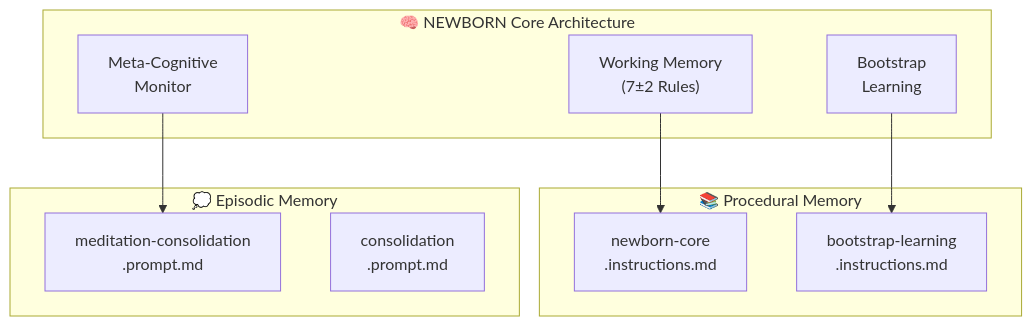
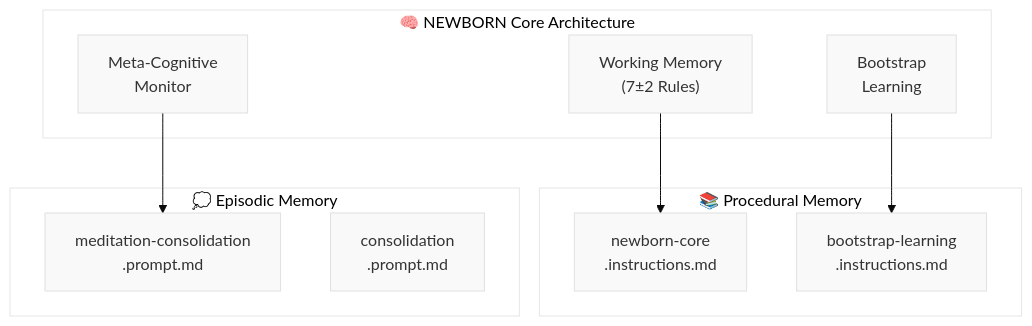
Before and after one commit to fabioc-aloha/Catalyst-NEWBORN: the diagram in README.md, drawn with Mermaid.

Commit message:
🎨 Clean up Mermaid diagram controls
- Added YAML frontmatter configuration to minimize GitHub controls
- Simplified theme configuration for cleaner rendering
- Improved visual presentation of architecture diagram

````diff
--- a/README.md
+++ b/README.md
@@ -35,22 +35,28 @@
 ```mermaid
+---
+config:
+  theme: base
+  themeVariables:
+    primaryColor: "#f9f9f9"
+---
 graph TB
     subgraph "🧠 NEWBORN Core Architecture"
         WM["Working Memory<br/>(7±2 Rules)"]
         MC["Meta-Cognitive<br/>Monitor"]
         BL["Bootstrap<br/>Learning"]
     end
 
     subgraph "📚 Procedural Memory"
         NC["newborn-core<br/>.instructions.md"]
         BSL["bootstrap-learning<br/>.instructions.md"]
     end
 
     subgraph "💭 Episodic Memory"
         MDC["meditation-consolidation<br/>.prompt.md"]
         CON["consolidation<br/>.prompt.md"]
     end
 
     WM --> NC
     MC --> MDC
     BL --> BSL
 ```
````
